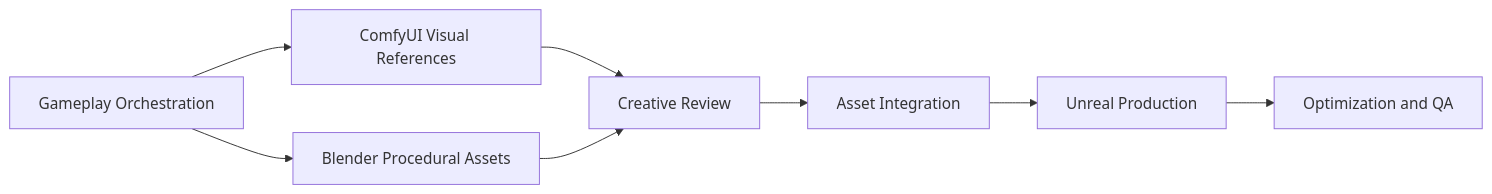
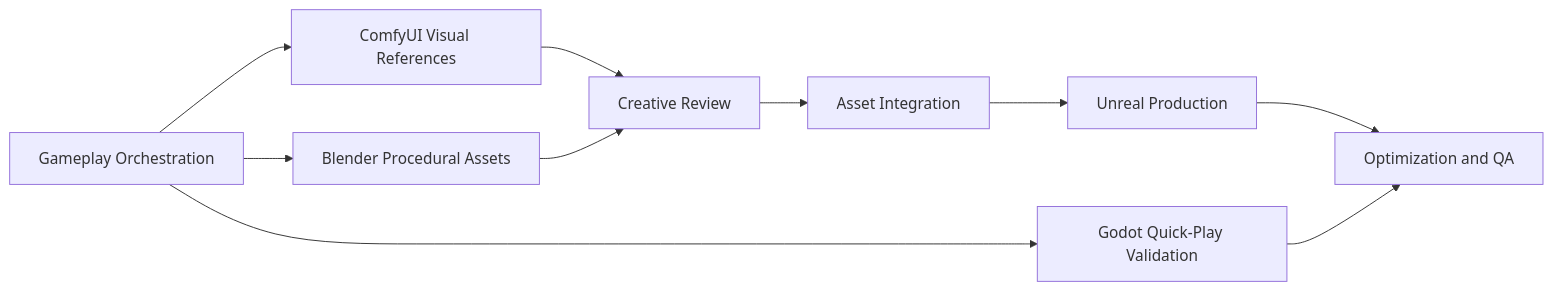
One commit to tutict/Fantasy-Agent changed the diagram in README.md. Above: the diagram before and after it, drawn with Mermaid. The commit also changed other lines of this file and 702 other files, not shown here.

````diff
--- a/README.md
+++ b/README.md
@@ -64,10 +64,12 @@
 ```mermaid
 flowchart LR
   A["Gameplay Orchestration"] --> B["ComfyUI Visual References"]
   A --> C["Blender Procedural Assets"]
   B --> D["Creative Review"]
   C --> D
   D --> E["Asset Integration"]
   E --> F["Unreal Production"]
+  A --> H["Godot Quick-Play Validation"]
   F --> G["Optimization and QA"]
+  H --> G
 ```
````
